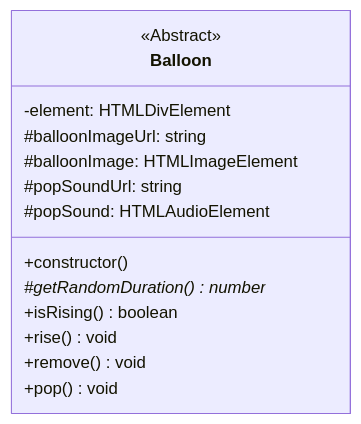
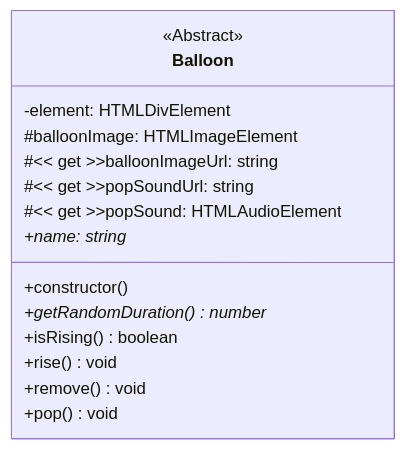
Before and after one commit to SimonStnn/pop-a-loon: the first of 2 diagrams in docs/README.md, drawn with Mermaid.

Commit message:
Update Balloon UML diagram

````diff
--- a/docs/README.md
+++ b/docs/README.md
@@ -156,18 +156,19 @@
 ```mermaid
 classDiagram
 direction LR
 class Balloon {
   <<Abstract>>
   -element: HTMLDivElement
-  #balloonImageUrl: string
   #balloonImage: HTMLImageElement
-  #popSoundUrl: string
-  #popSound: HTMLAudioElement
+  #<< get >>balloonImageUrl: string
+  #<< get >>popSoundUrl: string
+  #<< get >>popSound: HTMLAudioElement
+  +name: string*
   +constructor()
-  #getRandomDuration() number*
+  +getRandomDuration() number*
   +isRising() boolean
   +rise() void
   +remove() void
   +pop() void
 }
 ```
````
